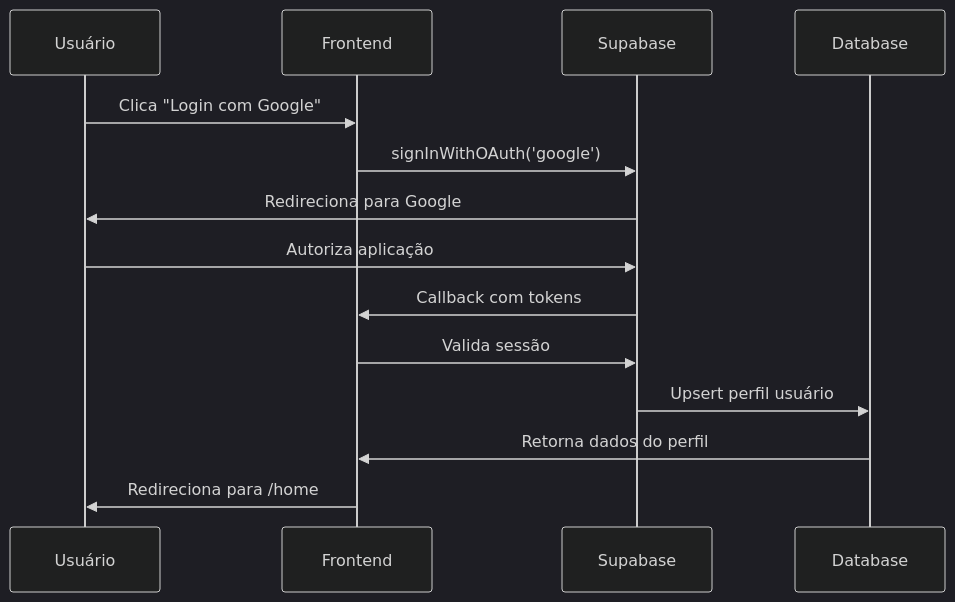
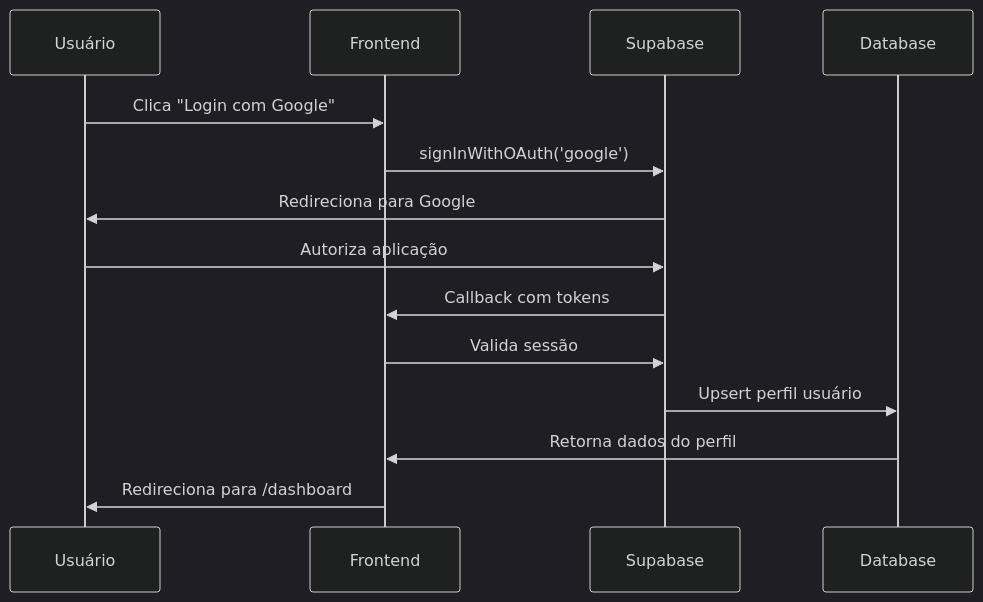
One commit to Negin3capa/Premiora-TCC changed the diagram in ARCHITECTURE.md. Above: the diagram before and after it, drawn with Mermaid (dark theme). The commit also changed other lines of this file and 8 other files, not shown here.

````diff
--- a/ARCHITECTURE.md
+++ b/ARCHITECTURE.md
@@ -221,17 +280,17 @@
 ```mermaid
 sequenceDiagram
     participant U as Usuário
     participant F as Frontend
     participant S as Supabase
     participant DB as Database
 
     U->>F: Clica "Login com Google"
     F->>S: signInWithOAuth('google')
     S->>U: Redireciona para Google
     U->>S: Autoriza aplicação
     S->>F: Callback com tokens
     F->>S: Valida sessão
     S->>DB: Upsert perfil usuário
     DB->>F: Retorna dados do perfil
-    F->>U: Redireciona para /home
+    F->>U: Redireciona para /dashboard
 ```
````
